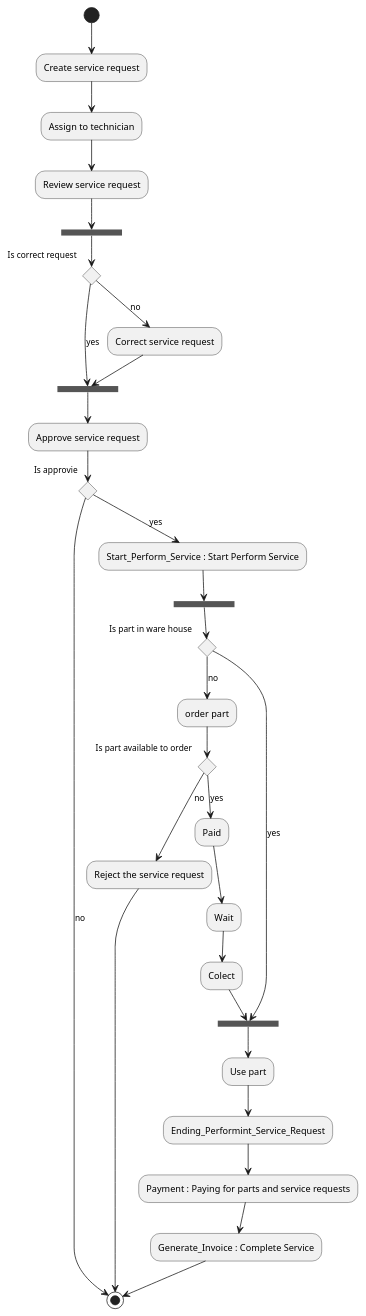
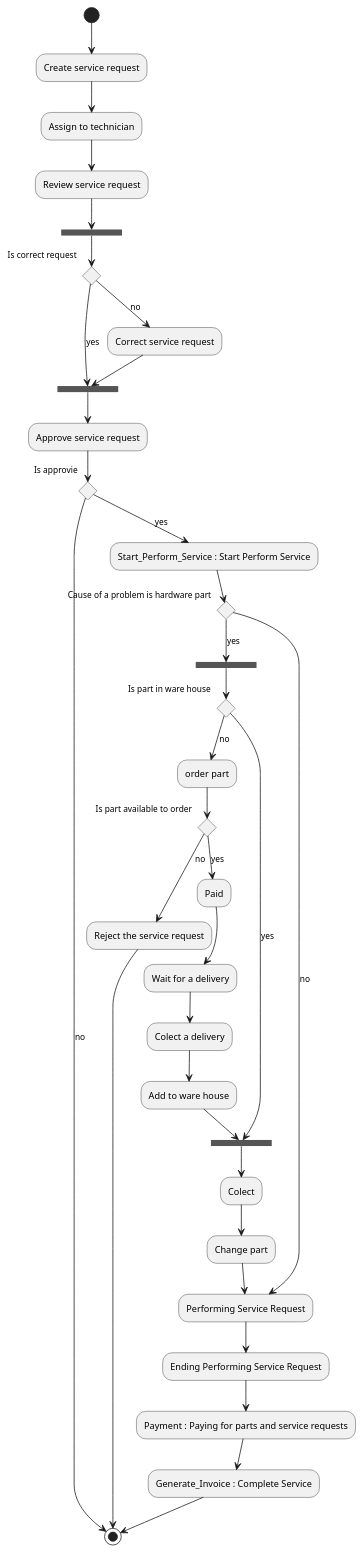
Before and after one commit to Fluorky/Computer-Service-Django-Api: the diagram in umlDiagrams/computer_service_activity_diagram.plantuml, drawn with PlantUML.

Commit message:
Update activity plantuml diagram

```diff
--- a/umlDiagrams/computer_service_activity_diagram.plantuml
+++ b/umlDiagrams/computer_service_activity_diagram.plantuml
@@ -1,37 +1,44 @@
 @startuml
 
 (*) --> "Create service request" as Create_Service_Request 
 --> "Assign to technician" as Assign_Technician
 --> "Review service request" as Review_Service_Request 
 --> ===S1=== 
 if "Is correct request" then
 -->[yes] ===S2===
 else 
 -->[no] "Correct service request" as Correct
 --> ===S2===
 --> "Approve service request" as Approve_SR
 if "Is approvie" then
 -->[no] (*)
 else 
 -down->[yes] Start_Perform_Service : Start Perform Service
---> ===S3=== 
+if "Cause of a problem is hardware part" then
+--> [no] "Performing Service Request" as Performing
+else 
+--> [yes] ===S3=== 
 if "Is part in ware house" then
 -->[yes] ===S4===
 else 
 -->[no] "order part" as order
 if "Is part available to order" 
 --> [no] "Reject the service request"
 -->  (*)
 else
 --> [yes] Paid 
---> Wait
+--> "Wait for a delivery"
+--> "Colect a delivery"
+--> "Add to ware house"
+--> ===S4===
 --> Colect
---> ===S4===
---> Use part
---> Ending_Performint_Service_Request
+
+--> "Change part"
+--> "Performing Service Request" as Performing
+--> "Ending Performing Service Request"
 --> Payment : Paying for parts and service requests
 
 --> Generate_Invoice : Complete Service
 --> (*)
 
 @enduml
```
